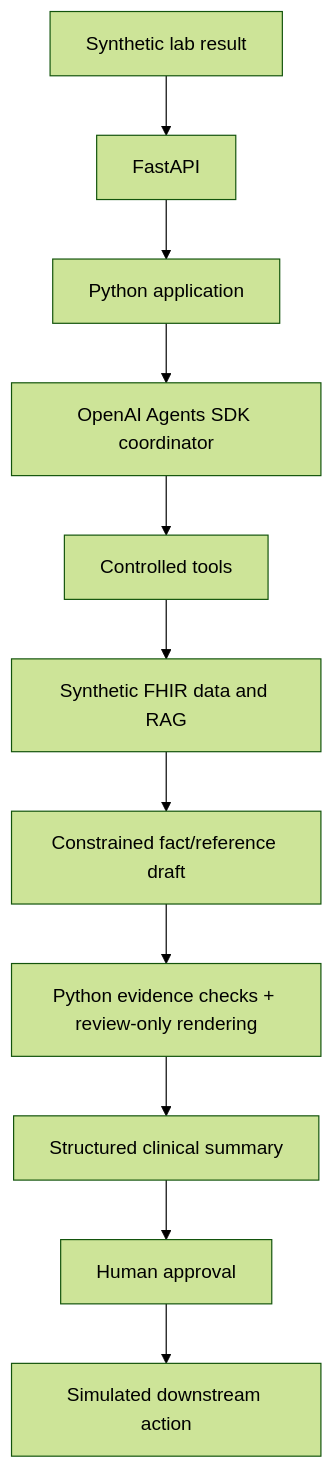
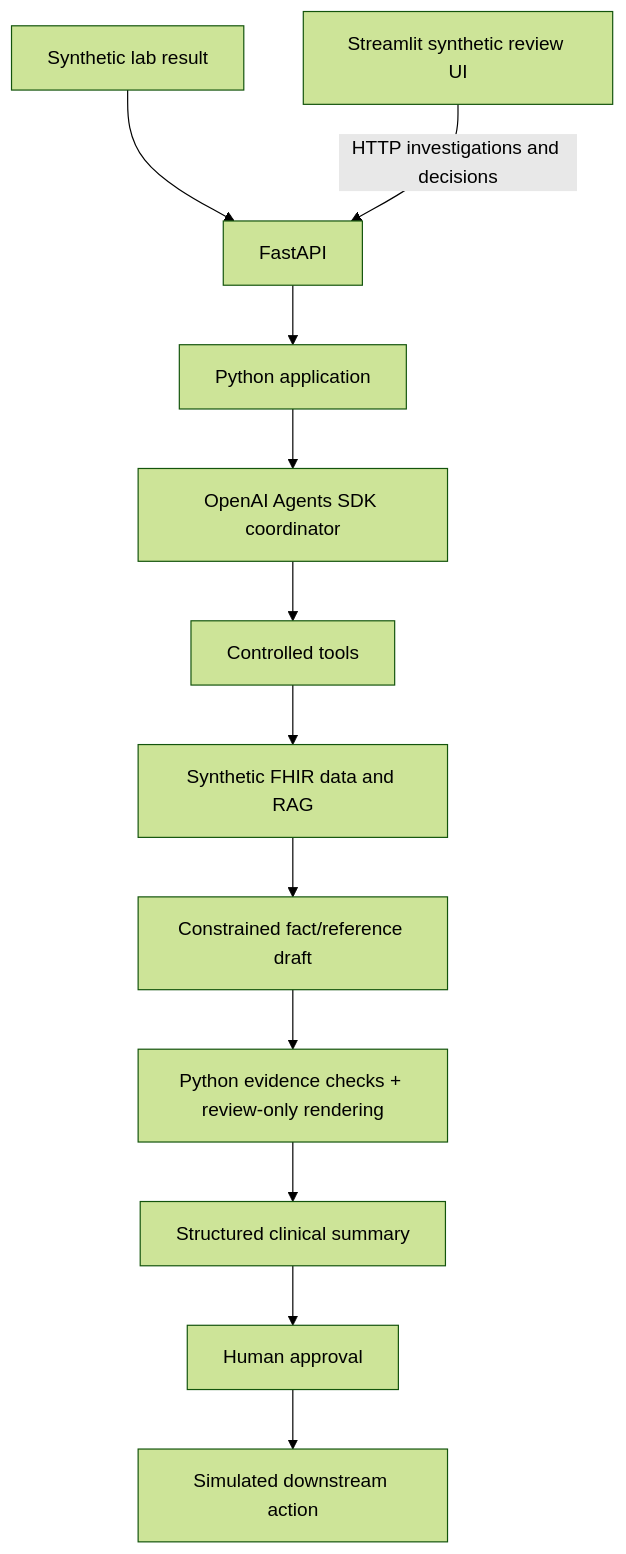
Before and after one commit to johnpapciak/clinical-id-assistant: the first of 3 diagrams in ARCHITECTURE.md, drawn with Mermaid (forest theme). The commit also changed other lines of this file and 12 other files, not shown here.

Commit message:
Add Streamlit UI for synthetic investigation review

````diff
--- a/ARCHITECTURE.md
+++ b/ARCHITECTURE.md
@@ -10,13 +10,14 @@
 ```mermaid
 flowchart TD
     Lab["Synthetic lab result"] --> API["FastAPI"]
+    UI["Streamlit synthetic review UI"] -->|HTTP investigations and decisions| API
     API --> App["Python application"]
     App --> Coordinator["OpenAI Agents SDK coordinator"]
     Coordinator --> Tools["Controlled tools"]
     Tools --> Context["Synthetic FHIR data and RAG"]
     Context --> Draft["Constrained fact/reference draft"]
     Draft --> Safety["Python evidence checks + review-only rendering"]
     Safety --> Summary["Structured clinical summary"]
     Summary --> Approval["Human approval"]
     Approval --> Action["Simulated downstream action"]
 ```
````
